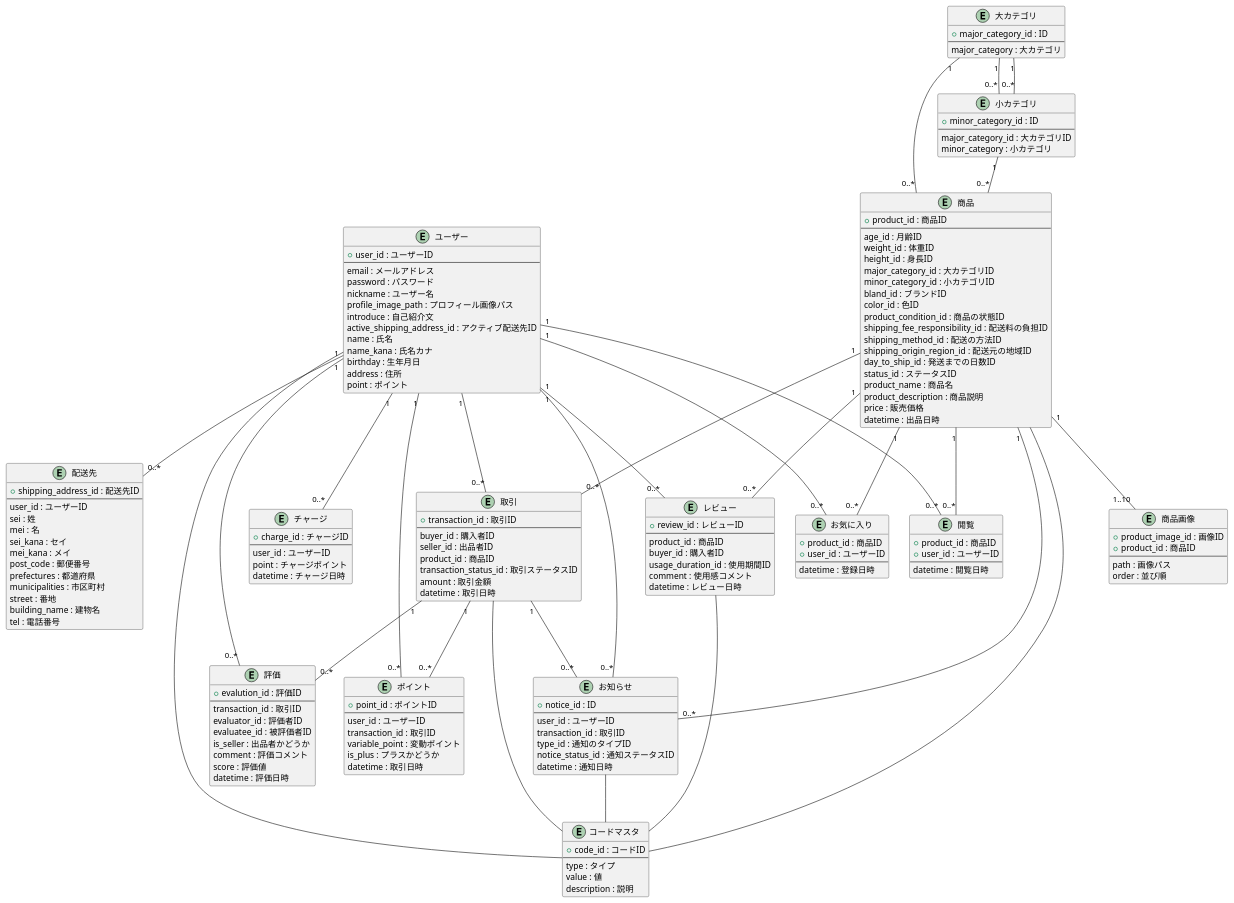
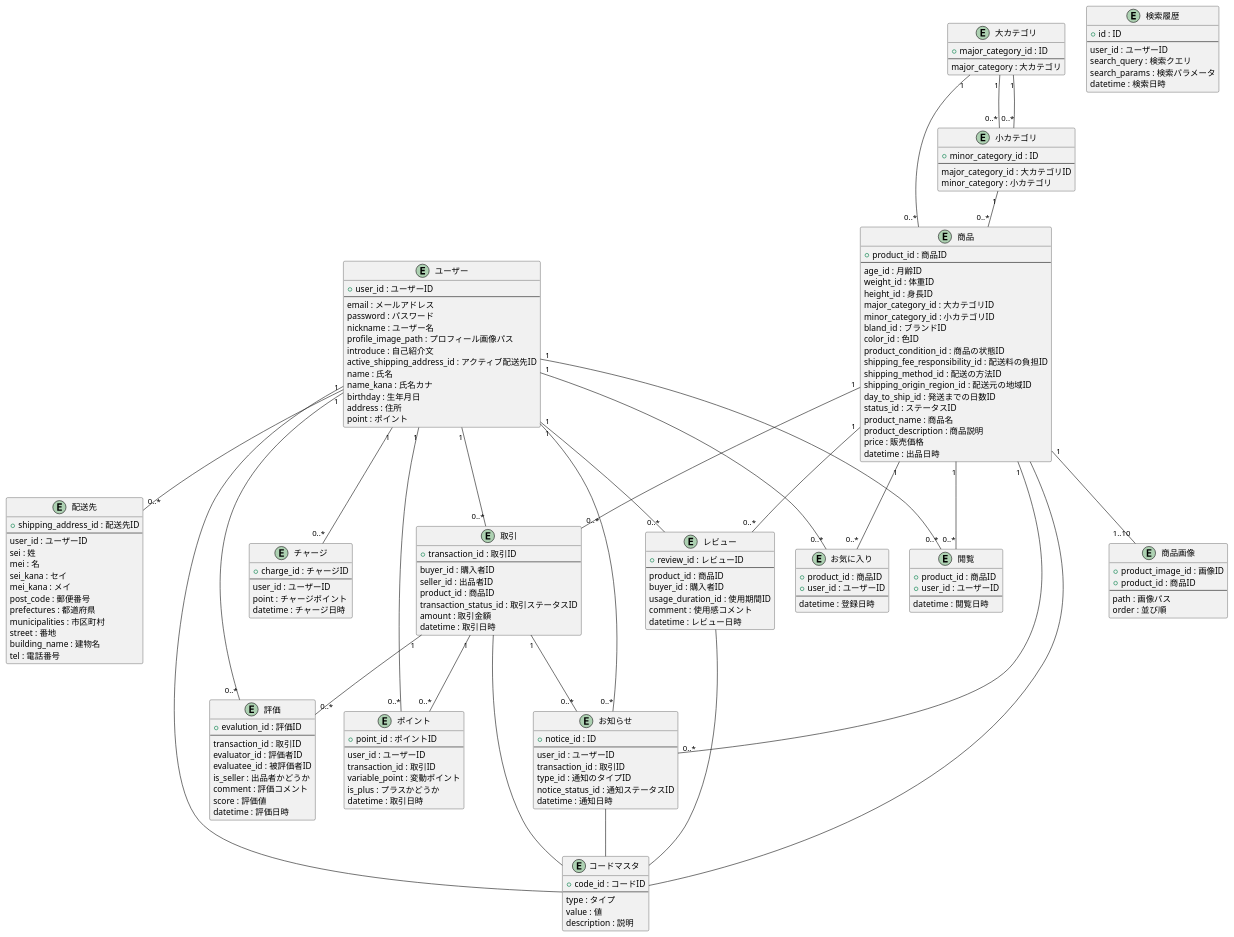
Before and after one commit to togask/baby-motsu: the diagram in doc/ER.pu, drawn with PlantUML. The commit also changed 1 other file, not shown here.

```diff
--- a/doc/ER.pu
+++ b/doc/ER.pu
@@ -1,188 +1,197 @@
 @startuml
 
 entity "ユーザー" as user {
   + user_id : ユーザーID
   --
   email : メールアドレス
   password : パスワード
   nickname : ユーザー名
   profile_image_path : プロフィール画像パス
   introduce : 自己紹介文
   active_shipping_address_id : アクティブ配送先ID
   name : 氏名
   name_kana : 氏名カナ
   birthday : 生年月日
   address : 住所
   point : ポイント
 }
 
 entity "配送先" as shipping_address {
   + shipping_address_id : 配送先ID
   --
   user_id : ユーザーID
   sei : 姓
   mei : 名
   sei_kana : セイ
   mei_kana : メイ
   post_code : 郵便番号
   prefectures : 都道府県
   municipalities : 市区町村
   street : 番地
   building_name : 建物名
   tel : 電話番号
+}
+
+entity "検索履歴" as search_history {
+  + id : ID
+  --
+  user_id : ユーザーID
+  search_query : 検索クエリ
+  search_params : 検索パラメータ
+  datetime : 検索日時
 }
 
 entity "取引" as transaction {
   + transaction_id : 取引ID
   --
   buyer_id : 購入者ID
   seller_id : 出品者ID
   product_id : 商品ID
   transaction_status_id : 取引ステータスID
   amount : 取引金額
   datetime : 取引日時
 }
 
 entity "ポイント" as point {
   + point_id : ポイントID
   --
   user_id : ユーザーID
   transaction_id : 取引ID
   variable_point : 変動ポイント
   is_plus : プラスかどうか
   datetime : 取引日時
 }
 
 entity "お気に入り" as favorite {
   + product_id : 商品ID
   + user_id : ユーザーID
   --
   datetime : 登録日時
 }
 
 entity "閲覧" as productviews {
   + product_id : 商品ID
   + user_id : ユーザーID
   --
   datetime : 閲覧日時
 }
 
 entity "チャージ" as charge {
   + charge_id : チャージID
   --
   user_id : ユーザーID
   point : チャージポイント
   datetime : チャージ日時
 }
 
 entity "レビュー" as review {
   + review_id : レビューID
   --
   product_id : 商品ID
   buyer_id : 購入者ID
   usage_duration_id : 使用期間ID
   comment : 使用感コメント
   datetime : レビュー日時
 }
 
 entity "商品" as product {
   + product_id : 商品ID
   --
   age_id : 月齢ID
   weight_id : 体重ID
   height_id : 身長ID
   major_category_id : 大カテゴリID
   minor_category_id : 小カテゴリID
   bland_id : ブランドID
   color_id : 色ID
   product_condition_id : 商品の状態ID
   shipping_fee_responsibility_id : 配送料の負担ID
   shipping_method_id : 配送の方法ID
   shipping_origin_region_id : 配送元の地域ID
   day_to_ship_id : 発送までの日数ID
   status_id : ステータスID
   product_name : 商品名
   product_description : 商品説明
   price : 販売価格
   datetime : 出品日時
 }
 
 entity "商品画像" as product_image {
   + product_image_id : 画像ID
   + product_id : 商品ID
   --
   path : 画像パス
   order : 並び順
 }
 
 entity "評価" as evaluation {
   + evalution_id : 評価ID
   --
   transaction_id : 取引ID
   evaluator_id : 評価者ID
   evaluatee_id : 被評価者ID
   is_seller : 出品者かどうか
   comment : 評価コメント
   score : 評価値
   datetime : 評価日時
 }
 
 entity "お知らせ" as notice {
   + notice_id : ID
   --
   user_id : ユーザーID
   transaction_id : 取引ID
   type_id : 通知のタイプID
   notice_status_id : 通知ステータスID
   datetime : 通知日時
 }
 
 entity "大カテゴリ" as major_category {
   + major_category_id : ID
   --
   major_category : 大カテゴリ
 }
 
 entity "小カテゴリ" as minor_category {
   + minor_category_id : ID
   --
   major_category_id : 大カテゴリID
   minor_category : 小カテゴリ
 }
 
 entity "コードマスタ" as code_master {
   + code_id : コードID
   --
   type : タイプ
   value : 値
   description : 説明
 }
 
 user "1" -- "0..*" shipping_address
 user "1" -- "0..*" transaction
 product "1" -- "0..*" transaction
 product "1" -- "1..10" product_image
 user "1" -- "0..*" point
 transaction "1" -- "0..*" point
 product "1" -- "0..*" favorite
 user "1" -- "0..*" favorite
 product "1" -- "0..*" productviews
 user "1" -- "0..*" productviews
 user "1" -- "0..*" charge
 product "1" -- "0..*" review
 user "1" -- "0..*" review
 major_category "1" -- "0..*" product
 minor_category "1" -- "0..*" product
 transaction "1" -- "0..*" evaluation
 user "1" -- "0..*" evaluation
 major_category "1" -- "0..*" minor_category
 user "1" -- "0..*" notice
 transaction "1" -- "0..*" notice
 product "1" -- "0..*" notice
 major_category "1" -- "0..*" minor_category
 product -- code_master
 user -- code_master
 transaction -- code_master
 review -- code_master
 notice -- code_master
 @enduml
```
